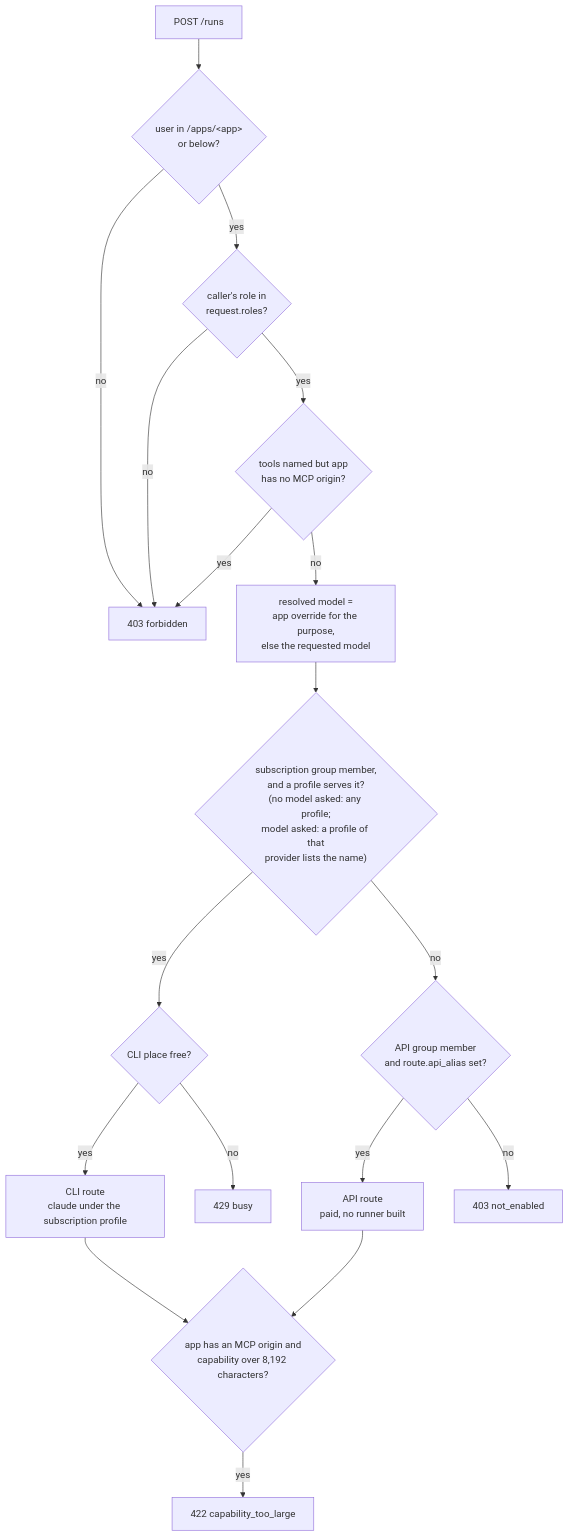
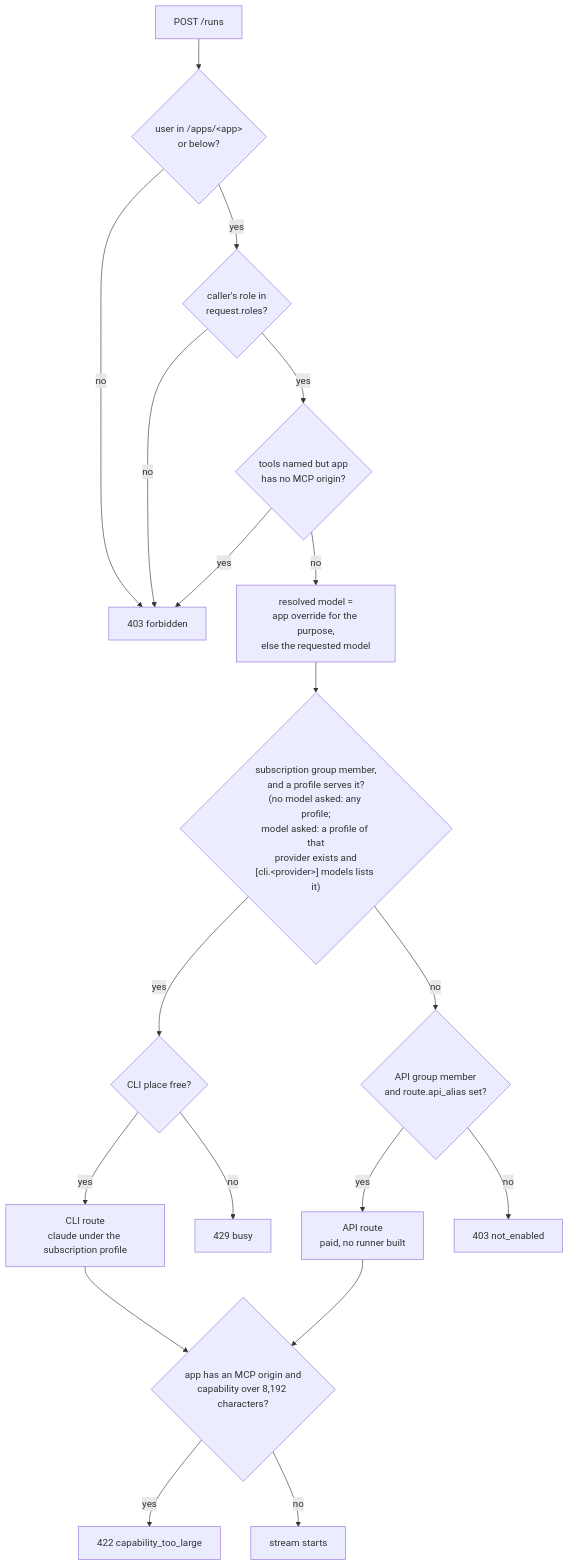
Before and after one commit to overnightworks/agent-providers: the second of 2 diagrams in docs/ARCHITECTURE.md, drawn with Mermaid. The commit also changed 3 other files, not shown here.

````diff
--- a/docs/ARCHITECTURE.md
+++ b/docs/ARCHITECTURE.md
@@ -63,20 +63,21 @@
 ```mermaid
 flowchart TB
     request["POST /runs"] --> gate{"user in /apps/&lt;app&gt;<br/>or below?"}
     gate -->|no| forbidden["403 forbidden"]
     gate -->|yes| role{"caller's role in<br/>request.roles?"}
     role -->|no| forbidden
     role -->|yes| tools{"tools named but app<br/>has no MCP origin?"}
     tools -->|yes| forbidden
     tools -->|no| model["resolved model =<br/>app override for the purpose,<br/>else the requested model"]
-    model --> subscription{"subscription group member,<br/>and a profile serves it?<br/>(no model asked: any profile;<br/>model asked: a profile of that<br/>provider lists the name)"}
+    model --> subscription{"subscription group member,<br/>and a profile serves it?<br/>(no model asked: any profile;<br/>model asked: a profile of that<br/>provider exists and<br/>[cli.&lt;provider&gt;] models lists it)"}
     subscription -->|yes| slot{"CLI place free?"}
     slot -->|yes| cli["CLI route<br/>claude under the subscription profile"]
     slot -->|no| busy["429 busy"]
     subscription -->|no| api{"API group member<br/>and route.api_alias set?"}
     api -->|yes| paid["API route<br/>paid, no runner built"]
     api -->|no| notenabled["403 not_enabled"]
     cli --> size{"app has an MCP origin and<br/>capability over 8,192 characters?"}
     paid --> size
     size -->|yes| toolarge["422 capability_too_large"]
+    size -->|no| run["stream starts"]
 ```
````
